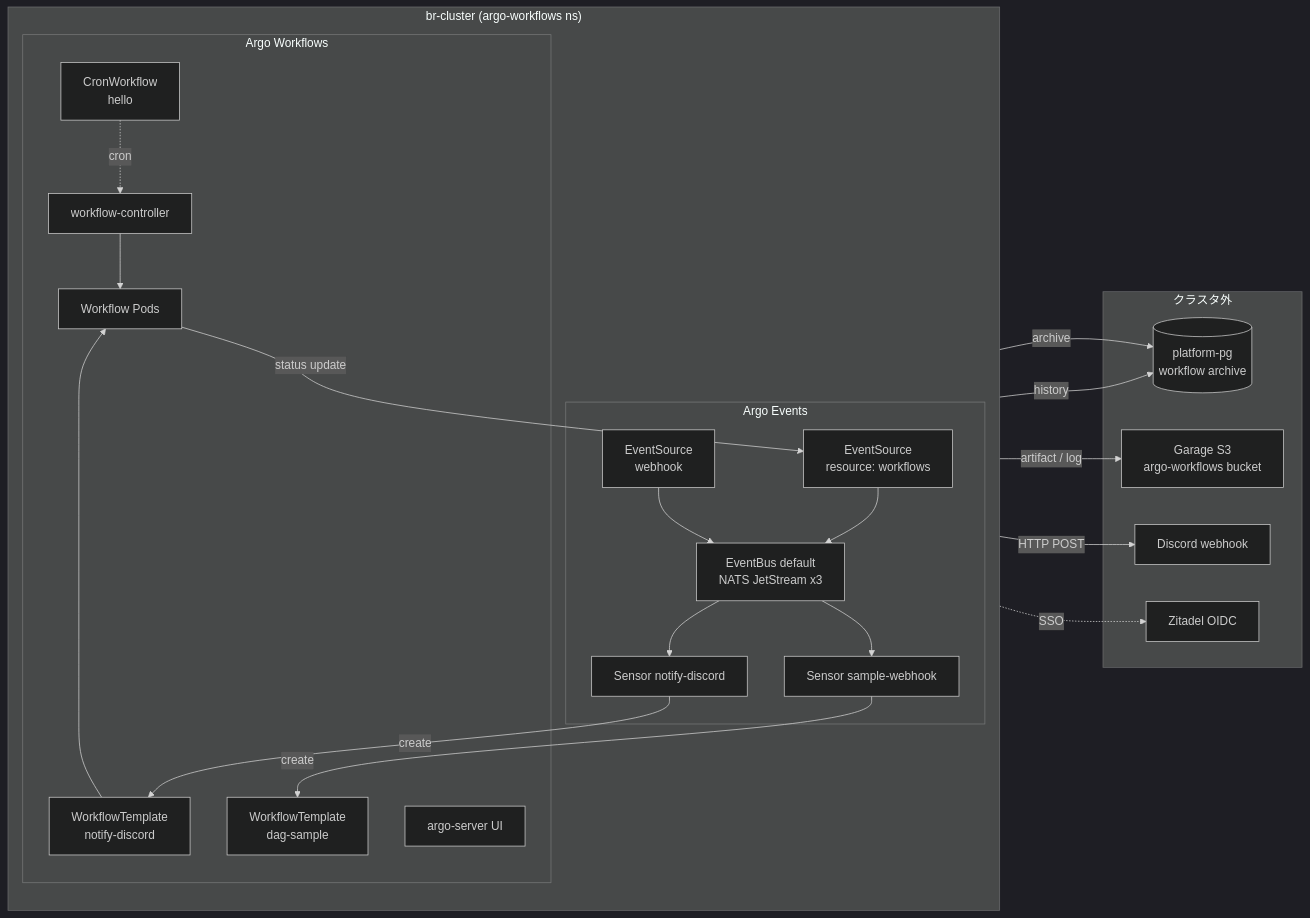
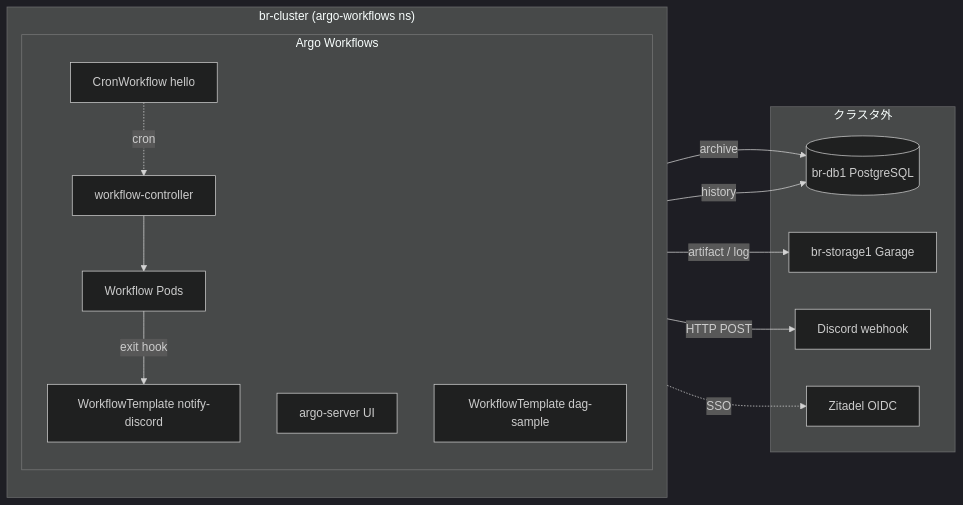
Before and after one commit to bright-room/br-cluster: the diagram in docs/platform/workflows.md, drawn with Mermaid (dark theme). The commit also changed other lines of this file and 22 other files, not shown here.

````diff
--- a/docs/platform/workflows.md
+++ b/docs/platform/workflows.md
@@ -17,38 +18,29 @@
 ```mermaid
 flowchart LR
   subgraph Cluster["br-cluster (argo-workflows ns)"]
     direction TB
-    subgraph Events["Argo Events"]
-      ES_WF[EventSource<br/>resource: workflows]
-      ES_WH[EventSource<br/>webhook]
-      EB[EventBus default<br/>NATS JetStream x3]
-      SN_NT[Sensor notify-discord]
-      SN_WH[Sensor sample-webhook]
-    end
     subgraph Workflows["Argo Workflows"]
       CTRL[workflow-controller]
       SRV[argo-server UI]
       WF[Workflow Pods]
-      WT_DC[WorkflowTemplate<br/>notify-discord]
-      WT_DAG[WorkflowTemplate<br/>dag-sample]
-      CWF[CronWorkflow<br/>hello]
+      WT_DC[WorkflowTemplate notify-discord]
+      WT_DAG[WorkflowTemplate dag-sample]
+      CWF[CronWorkflow hello]
     end
   end
 
   subgraph External["クラスタ外"]
-    PG[(platform-pg<br/>workflow archive)]
-    S3[Garage S3<br/>argo-workflows bucket]
+    PG[(br-db1 PostgreSQL)]
+    S3[br-storage1 Garage]
     DC[Discord webhook]
     ZT[Zitadel OIDC]
   end
 
   CWF -. cron .-> CTRL --> WF
-  WF -->|status update| ES_WF --> EB
-  EB --> SN_NT -->|create| WT_DC --> WF
+  WF -->|exit hook| WT_DC
   WT_DC -->|HTTP POST| DC
   WF -->|artifact / log| S3
   CTRL -->|archive| PG
   SRV -->|history| PG
   SRV -.->|SSO| ZT
-  ES_WH --> EB --> SN_WH -->|create| WT_DAG
 ```
````
